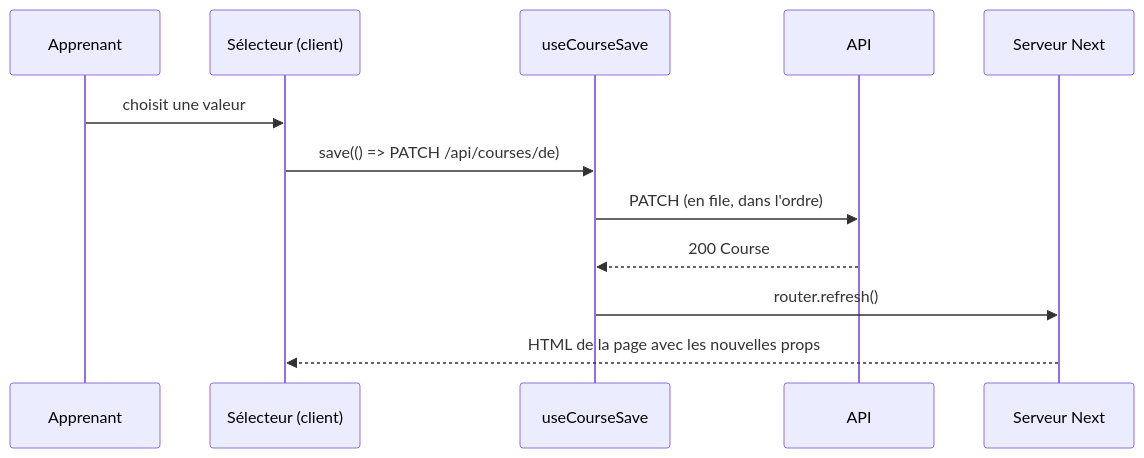
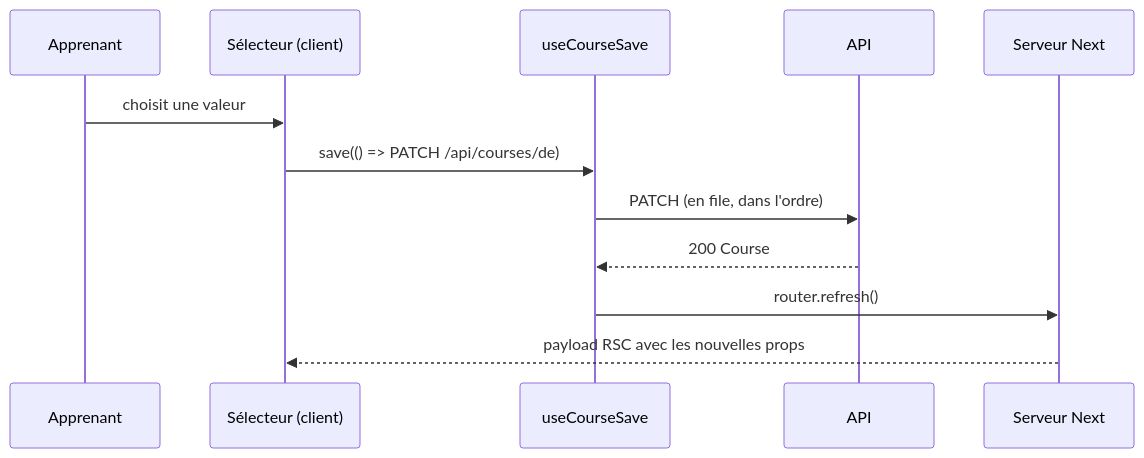
Before and after one commit to VictorBro/ft_transcendence: the fifth of 9 diagrams in docs-fr/web/06-learning-pages.md, drawn with Mermaid. The commit also changed other lines of this file and 59 other files, not shown here.

````diff
--- a/docs-fr/web/06-learning-pages.md
+++ b/docs-fr/web/06-learning-pages.md
@@ -527,14 +527,14 @@
 ```mermaid
 sequenceDiagram
     participant U as Apprenant
     participant C as Sélecteur (client)
     participant H as useCourseSave
     participant A as API
     participant S as Serveur Next
     U->>C: choisit une valeur
     C->>H: save(() => PATCH /api/courses/de)
     H->>A: PATCH (en file, dans l'ordre)
     A-->>H: 200 Course
     H->>S: router.refresh()
-    S-->>C: HTML de la page avec les nouvelles props
+    S-->>C: payload RSC avec les nouvelles props
 ```
````
